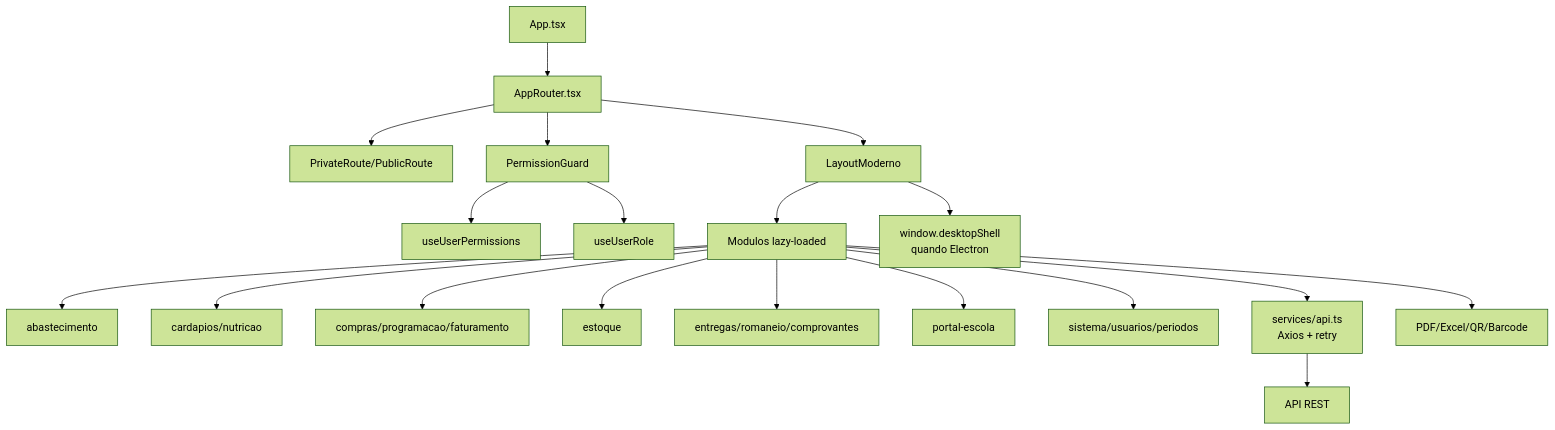
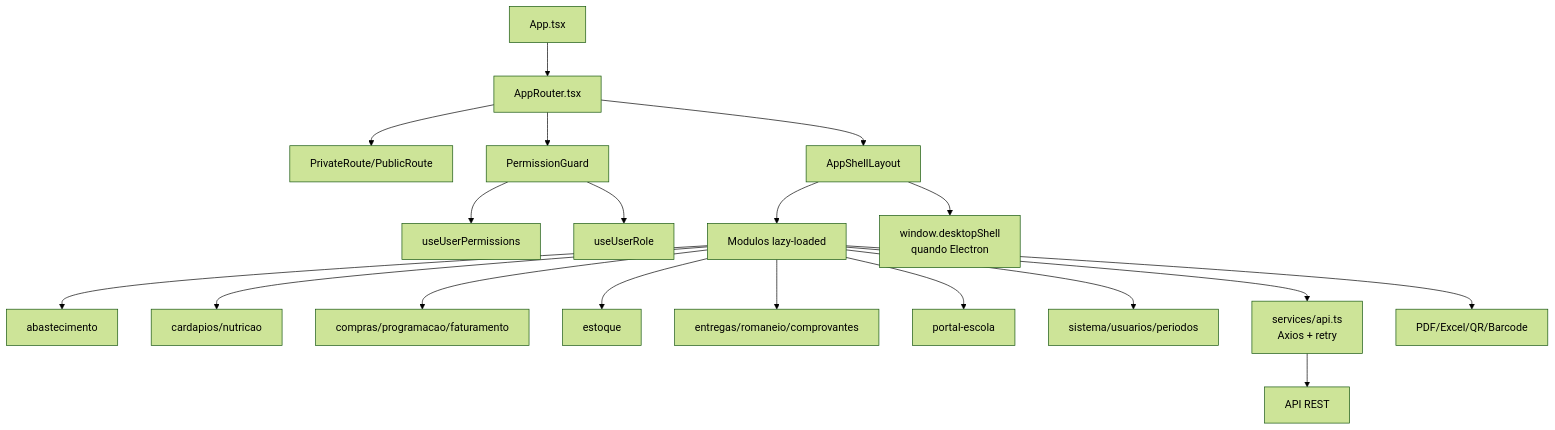
The second of 4 diagrams in _reversa_sdd/c4-components.md (ewenunessn/gestaoescolar), drawn with Mermaid (forest theme) before and after one commit. The commit also changed 76 other files, not shown here.

````diff
--- a/_reversa_sdd/c4-components.md
+++ b/_reversa_sdd/c4-components.md
@@ -40,23 +40,23 @@
 ```mermaid
 flowchart TB
   App["App.tsx"] --> Router["AppRouter.tsx"]
   Router --> Private["PrivateRoute/PublicRoute"]
   Router --> Guard["PermissionGuard"]
   Guard --> PermHook["useUserPermissions"]
   Guard --> RoleHook["useUserRole"]
-  Router --> Layout["LayoutModerno"]
+  Router --> Layout["AppShellLayout"]
 
   Layout --> Modules["Modulos lazy-loaded"]
   Modules --> Abastecimento["abastecimento"]
   Modules --> Cardapios["cardapios/nutricao"]
   Modules --> Compras["compras/programacao/faturamento"]
   Modules --> Estoque["estoque"]
   Modules --> Entregas["entregas/romaneio/comprovantes"]
   Modules --> Portal["portal-escola"]
   Modules --> Sistema["sistema/usuarios/periodos"]
 
   Modules --> Api["services/api.ts\nAxios + retry"]
   Api --> Backend["API REST"]
   Modules --> Pdfs["PDF/Excel/QR/Barcode"]
   Layout --> DesktopShell["window.desktopShell\nquando Electron"]
 ```
````
